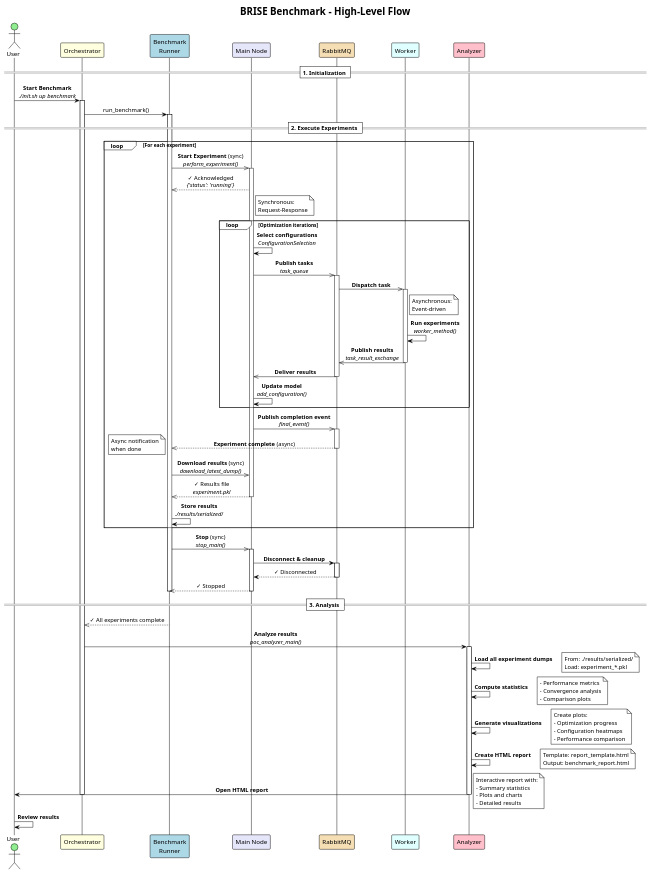
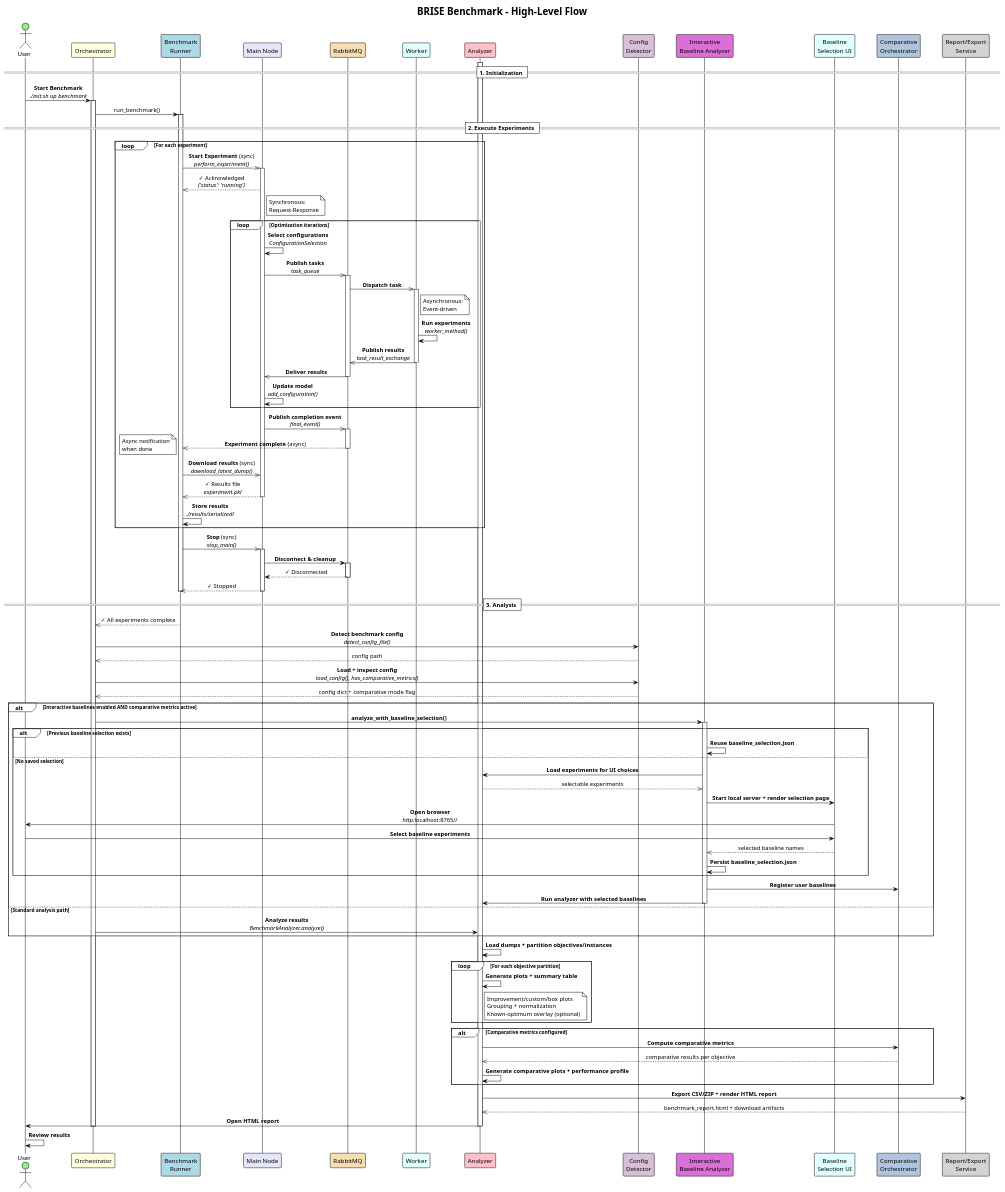
Before and after one commit to LeanderSoemisch/BRISE2_Benchmarking: the diagram in benchmark/docs/benchmark_workflow/Sequence_Diagram_Benchmark.puml, drawn with PlantUML. The commit also changed 33 other files, not shown here.

First line of the commit message:
poc benchmark analysis v8

```diff
--- a/benchmark/docs/benchmark_workflow/Sequence_Diagram_Benchmark.puml
+++ b/benchmark/docs/benchmark_workflow/Sequence_Diagram_Benchmark.puml
@@ -1,114 +1,132 @@
 @startuml Benchmark_Sequence_Diagram
 !theme plain
 skinparam sequenceMessageAlign center
 skinparam responseMessageBelowArrow true
 skinparam BoxPadding 10
 skinparam ParticipantPadding 20
 
 actor User #lightgreen
 participant "Orchestrator" as Orchestrator #lightyellow
 participant "Benchmark\nRunner" as BenchmarkRunner #lightblue
 participant "Main Node" as MainNode #lavender
 participant "RabbitMQ" as RabbitMQ #wheat
 participant "Worker" as Worker #lightcyan
 participant "Analyzer" as Analyzer #pink
 
 title BRISE Benchmark - High-Level Flow
 
 == 1. Initialization ==
 User -> Orchestrator: **Start Benchmark**\n//./init.sh up benchmark//
 activate Orchestrator
 Orchestrator -> BenchmarkRunner: run_benchmark()
 activate BenchmarkRunner
 
 == 2. Execute Experiments ==
 loop For each experiment
 
     BenchmarkRunner ->> MainNode: **Start Experiment** (sync)\n//perform_experiment()//
     activate MainNode
     MainNode -->> BenchmarkRunner: ✓ Acknowledged\n//{'status': 'running'}//
     note right of MainNode: Synchronous:\nRequest-Response
 
     loop Optimization iterations
         MainNode -> MainNode: **Select configurations**\n//ConfigurationSelection//
         MainNode ->> RabbitMQ: **Publish tasks**\n//task_queue//
         activate RabbitMQ
         RabbitMQ ->> Worker: **Dispatch task**
         activate Worker
         note right of Worker: Asynchronous:\nEvent-driven
         Worker -> Worker: **Run experiments**\n//worker_method()//
         Worker ->> RabbitMQ: **Publish results**\n//task_result_exchange//
         deactivate Worker
         RabbitMQ ->> MainNode: **Deliver results**
         deactivate RabbitMQ
         MainNode -> MainNode: **Update model**\n//add_configuration()//
     end
 
     MainNode ->> RabbitMQ: **Publish completion event**\n//final_event()//
     activate RabbitMQ
     RabbitMQ -->> BenchmarkRunner: **Experiment complete** (async)
     deactivate RabbitMQ
     note left: Async notification\nwhen done
 
     BenchmarkRunner ->> MainNode: **Download results** (sync)\n//download_latest_dump()//
     MainNode -->> BenchmarkRunner: ✓ Results file\n//experiment.pkl//
     deactivate MainNode
     BenchmarkRunner -> BenchmarkRunner: **Store results**\n//./results/serialized///
 
 end
 
 BenchmarkRunner ->> MainNode: **Stop** (sync)\n//stop_main()//
 activate MainNode
 MainNode -> RabbitMQ: **Disconnect & cleanup**
 activate RabbitMQ
 RabbitMQ --> MainNode: ✓ Disconnected
 deactivate RabbitMQ
 MainNode -->> BenchmarkRunner: ✓ Stopped
 deactivate MainNode
 deactivate BenchmarkRunner
 
 == 3. Analysis ==
 BenchmarkRunner -->> Orchestrator: ✓ All experiments complete
-Orchestrator -> Analyzer: **Analyze results**\n//poc_analyzer_main()//
+participant "Config\nDetector" as ConfigDetector #thistle
+participant "Interactive\nBaseline Analyzer" as InteractiveBaselineAnalyzer #orchid
+participant "Baseline\nSelection UI" as BaselineSelectionUI #lightcyan
+participant "Comparative\nOrchestrator" as ComparativeOrchestrator #lightsteelblue
+participant "Report/Export\nService" as ReportService #lightgray
+
+Orchestrator -> ConfigDetector: **Detect benchmark config**\n//detect_config_file()//
+ConfigDetector -->> Orchestrator: config path
+Orchestrator -> ConfigDetector: **Load + inspect config**\n//load_config(), has_comparative_metrics()//
+ConfigDetector -->> Orchestrator: config dict + comparative mode flag
+
+alt Interactive baselines enabled AND comparative metrics active
+    Orchestrator -> InteractiveBaselineAnalyzer: **analyze_with_baseline_selection()**
+    activate InteractiveBaselineAnalyzer
+
+    alt Previous baseline selection exists
+        InteractiveBaselineAnalyzer -> InteractiveBaselineAnalyzer: **Reuse baseline_selection.json**
+    else No saved selection
+        InteractiveBaselineAnalyzer -> Analyzer: **Load experiments for UI choices**
+        Analyzer -->> InteractiveBaselineAnalyzer: selectable experiments
+        InteractiveBaselineAnalyzer -> BaselineSelectionUI: **Start local server + render selection page**
+        BaselineSelectionUI -> User: **Open browser**\n//http://localhost:8765//
+        User -> BaselineSelectionUI: **Select baseline experiments**
+        BaselineSelectionUI -->> InteractiveBaselineAnalyzer: selected baseline names
+        InteractiveBaselineAnalyzer -> InteractiveBaselineAnalyzer: **Persist baseline_selection.json**
+    end
+
+    InteractiveBaselineAnalyzer -> ComparativeOrchestrator: **Register user baselines**
+    InteractiveBaselineAnalyzer -> Analyzer: **Run analyzer with selected baselines**
+    deactivate InteractiveBaselineAnalyzer
+else Standard analysis path
+    Orchestrator -> Analyzer: **Analyze results**\n//BenchmarkAnalyzer.analyze()//
+end
+
 activate Analyzer
+Analyzer -> Analyzer: **Load dumps + partition objectives/instances**
 
-Analyzer -> Analyzer: **Load all experiment dumps**
-note right
-  From: ./results/serialized/
-  Load: experiment_*.pkl
-end note
+loop For each objective partition
+    Analyzer -> Analyzer: **Generate plots + summary table**
+    note right of Analyzer
+      Improvement/custom/box plots
+      Grouping + normalization
+      Known-optimum overlay (optional)
+    end note
+end
 
-Analyzer -> Analyzer: **Compute statistics**
-note right
-  - Performance metrics
-  - Convergence analysis
-  - Comparison plots
-end note
+alt Comparative metrics configured
+    Analyzer -> ComparativeOrchestrator: **Compute comparative metrics**
+    ComparativeOrchestrator -->> Analyzer: comparative results per objective
+    Analyzer -> Analyzer: **Generate comparative plots + performance profile**
+end
 
-Analyzer -> Analyzer: **Generate visualizations**
-note right
-  Create plots:
-  - Optimization progress
-  - Configuration heatmaps
-  - Performance comparison
-end note
-
-Analyzer -> Analyzer: **Create HTML report**
-note right
-  Template: report_template.html
-  Output: benchmark_report.html
-end note
-
+Analyzer -> ReportService: **Export CSV/ZIP + render HTML report**
+ReportService -->> Analyzer: benchmark_report.html + download artifacts
 Analyzer -> User: **Open HTML report**
-note right
-  Interactive report with:
-  - Summary statistics
-  - Plots and charts
-  - Detailed results
-end note
 deactivate Analyzer
 deactivate Orchestrator
 
 User -> User: **Review results**
 
 @enduml
```
